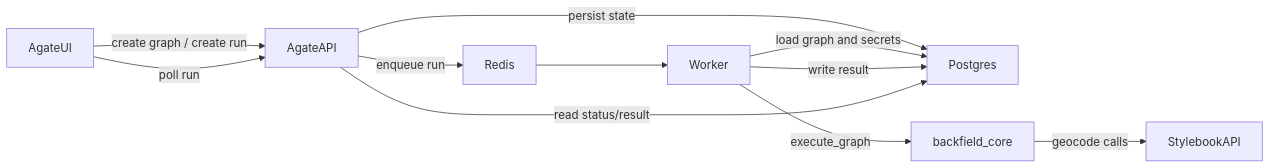
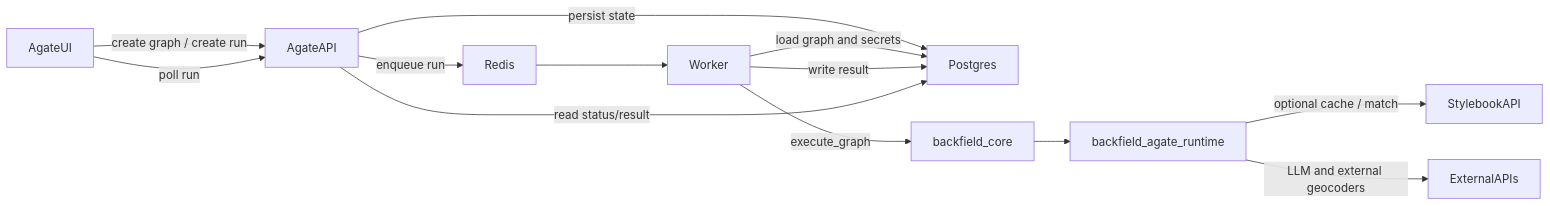
One commit to localangle/backfield changed the diagram in docs/ARCHITECTURE.md. Above: the diagram before and after it, drawn with Mermaid. The commit also changed other lines of this file and 101 other files, not shown here.

First line of the commit message:
feat(agate): add backfield-agate-runtime and executor parity

````diff
--- a/docs/ARCHITECTURE.md
+++ b/docs/ARCHITECTURE.md
@@ -40,13 +45,15 @@
 ```mermaid
 flowchart LR
     AgateUI[AgateUI] -->|create graph / create run| AgateAPI[AgateAPI]
     AgateAPI -->|persist state| Postgres[Postgres]
     AgateAPI -->|enqueue run| Redis[Redis]
     Redis --> Worker[Worker]
     Worker -->|load graph and secrets| Postgres
     Worker -->|execute_graph| Core[backfield_core]
-    Core -->|geocode calls| StylebookAPI[StylebookAPI]
+    Core --> Runtime[backfield_agate_runtime]
+    Runtime -->|optional cache / match| StylebookAPI[StylebookAPI]
+    Runtime -->|LLM and external geocoders| ExternalAPIs[ExternalAPIs]
     Worker -->|write result| Postgres
     AgateUI -->|poll run| AgateAPI
     AgateAPI -->|read status/result| Postgres
 ```
````
